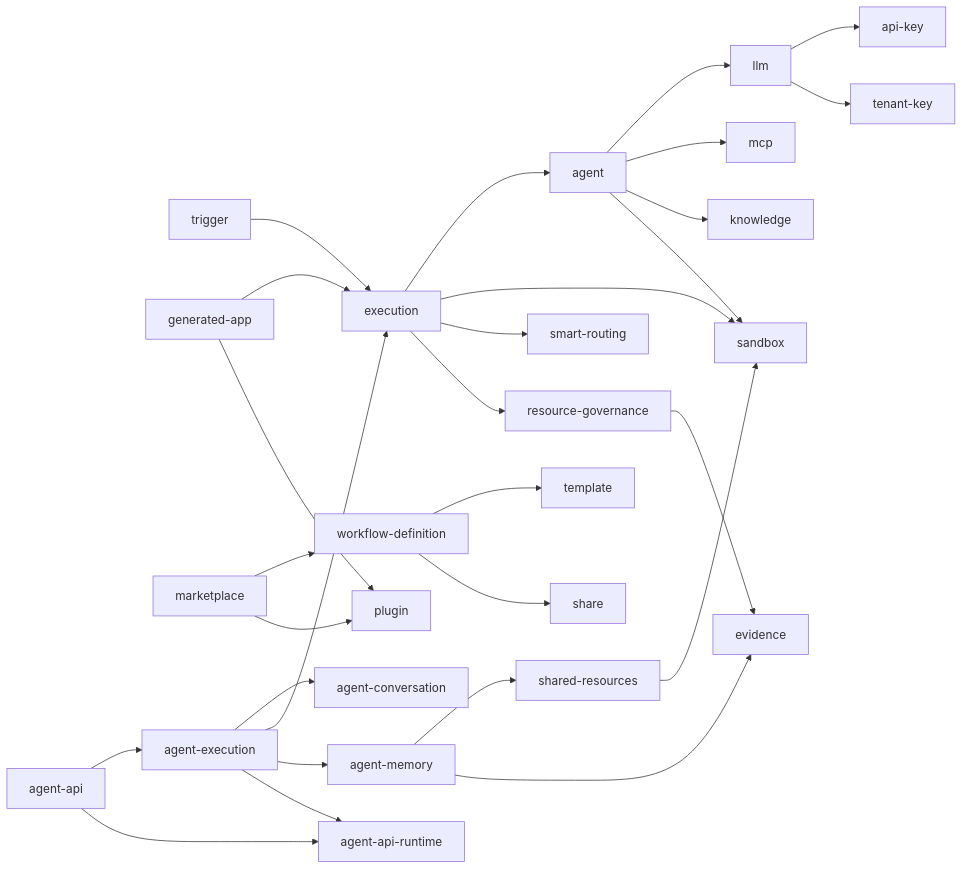
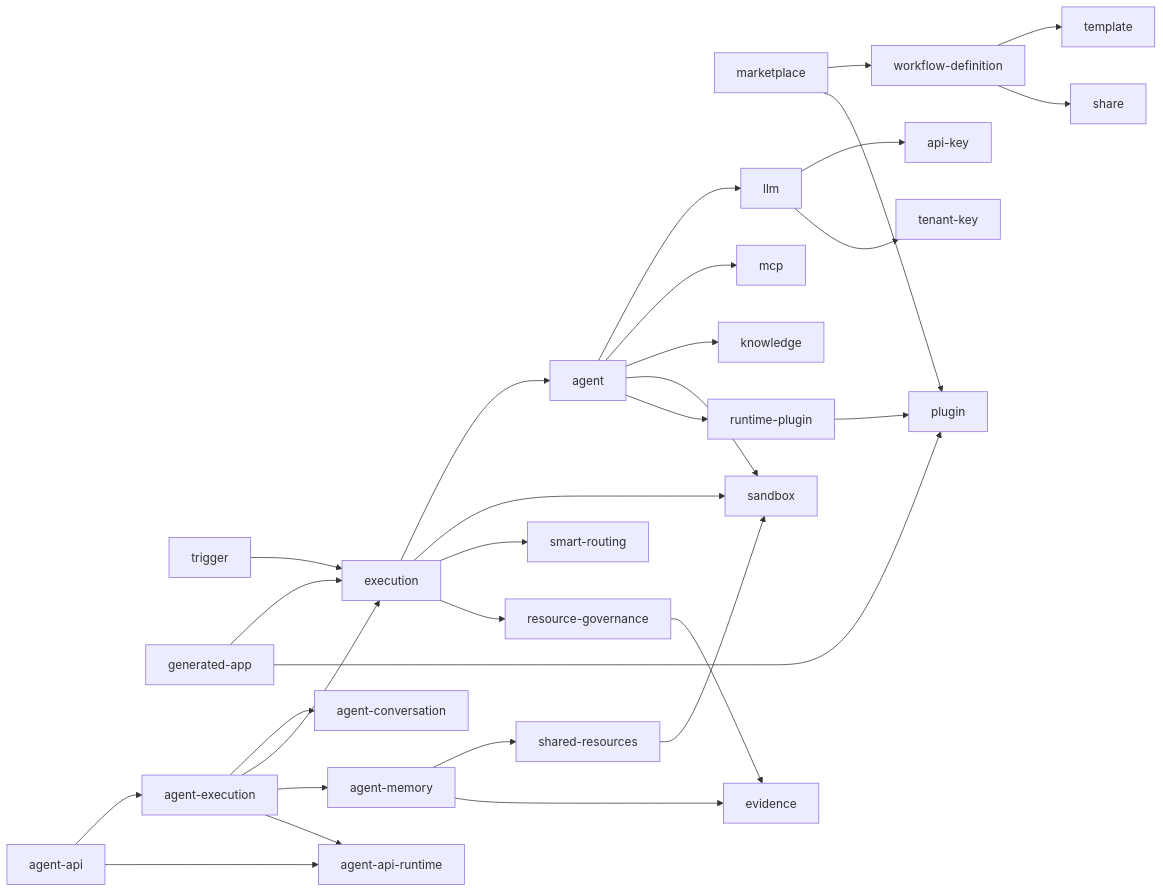
The diagram in agentloom-docs/dev/server/index.md (Lynricsy/AgentLoom), drawn with Mermaid before and after one commit. The commit also changed other lines of this file and 32 other files, not shown here.

````diff
--- a/agentloom-docs/dev/server/index.md
+++ b/agentloom-docs/dev/server/index.md
@@ -198,30 +199,32 @@
 ```mermaid
 graph LR
     WD[workflow-definition] --> TPL[template]
     WD --> SH[share]
     TR[trigger] --> EX[execution]
     GA[generated-app] --> EX
     GA --> PL[plugin]
     MK[marketplace] --> WD
     MK --> PL
     EX --> AG[agent]
     EX --> SB[sandbox]
     EX --> SR[smart-routing]
     EX --> RG[resource-governance]
     AG --> LLM[llm]
     AG --> MCP[mcp]
     AG --> KN[knowledge]
     AG --> SB
+    AG --> RP[runtime-plugin]
+    RP --> PL
     LLM --> AK[api-key]
     LLM --> TK[tenant-key]
     AE[agent-execution] --> AC[agent-conversation]
     AE --> EX
     AE --> AM[agent-memory]
     AE --> AAR[agent-api-runtime]
     API[agent-api] --> AE
     API --> AAR
     AM --> SHR[shared-resources]
     SHR --> SB
     RG --> EV[evidence]
     AM --> EV
 ```
````
